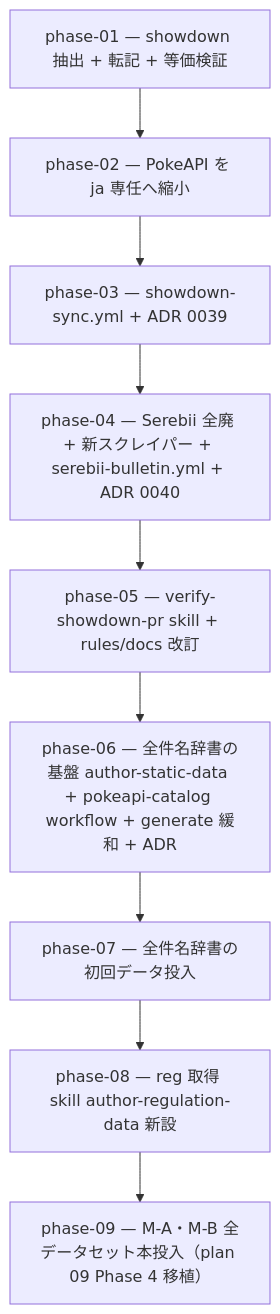
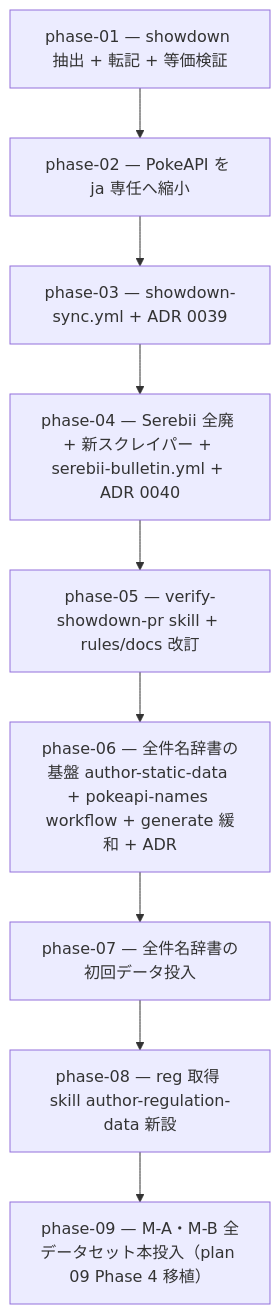
The diagram in docs/roadmap/10-showdown-first-data/README.md (subroh0508/pokeform), drawn with Mermaid before and after one commit. The commit also changed other lines of this file and 4 other files, not shown here.

First line of the commit message:
docs(roadmap): plan 10 の新 workflow 名を pokeapi-names.yml に確定（Phase 6 成果物）

````diff
--- a/docs/roadmap/10-showdown-first-data/README.md
+++ b/docs/roadmap/10-showdown-first-data/README.md
@@ -9,11 +9,11 @@
 ```mermaid
 flowchart TD
     P1[phase-01 — showdown 抽出 + 転記 + 等価検証] --> P2[phase-02 — PokeAPI を ja 専任へ縮小]
     P2 --> P3[phase-03 — showdown-sync.yml + ADR 0039]
     P3 --> P4[phase-04 — Serebii 全廃 + 新スクレイパー + serebii-bulletin.yml + ADR 0040]
     P4 --> P5[phase-05 — verify-showdown-pr skill + rules/docs 改訂]
-    P5 --> P6[phase-06 — 全件名辞書の基盤 author-static-data + pokeapi-catalog workflow + generate 緩和 + ADR]
+    P5 --> P6[phase-06 — 全件名辞書の基盤 author-static-data + pokeapi-names workflow + generate 緩和 + ADR]
     P6 --> P7[phase-07 — 全件名辞書の初回データ投入]
     P7 --> P8[phase-08 — reg 取得 skill author-regulation-data 新設]
     P8 --> P9[phase-09 — M-A・M-B 全データセット本投入（plan 09 Phase 4 移植）]
 ```
````
